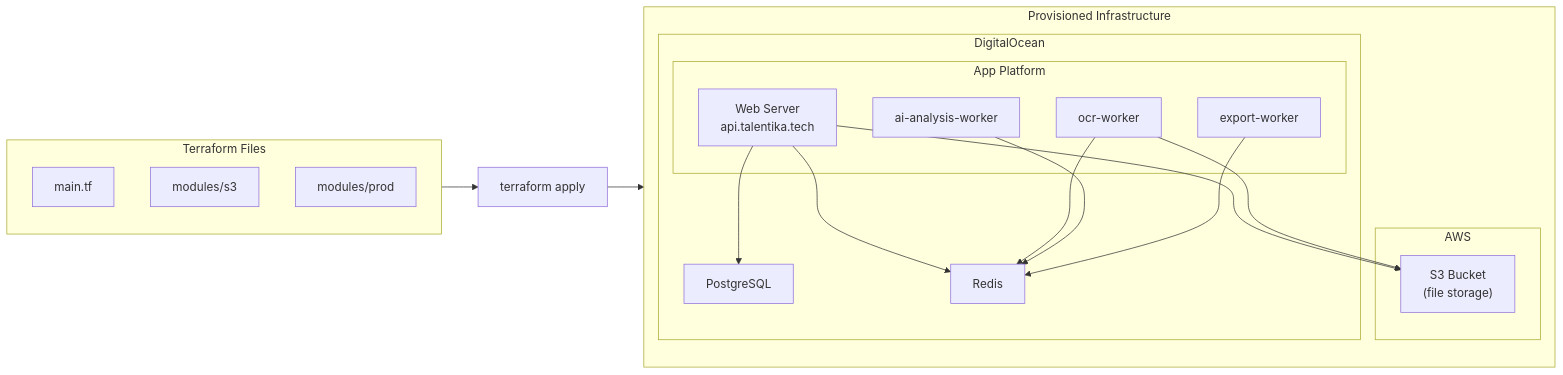
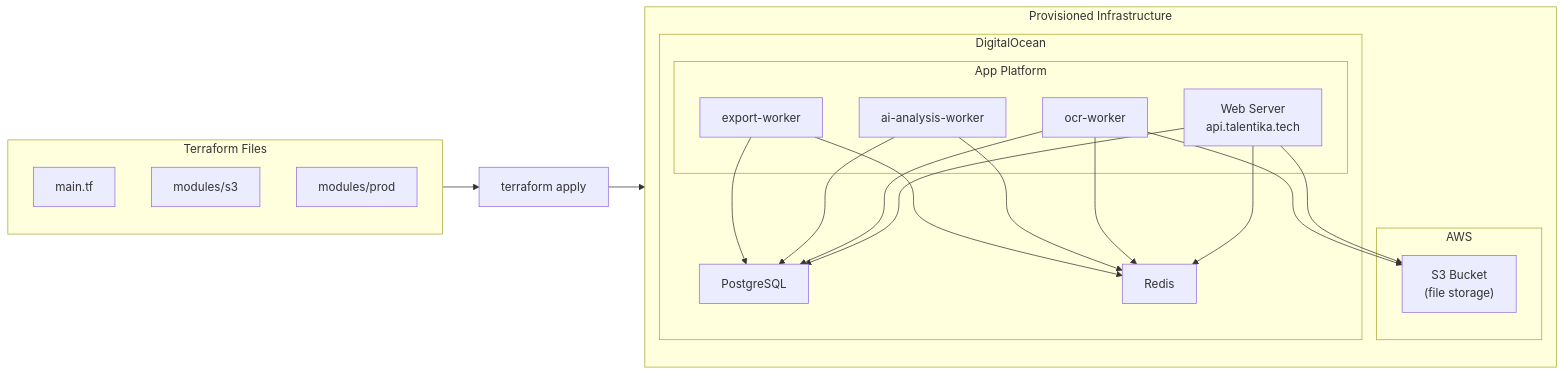
One commit to roiceee/talentika changed the diagram in documentation/infrastructure-diagram.md. Above: the diagram before and after it, drawn with Mermaid.

Commit message:
docs: fix workers — all connect to PostgreSQL

````diff
--- a/documentation/infrastructure-diagram.md
+++ b/documentation/infrastructure-diagram.md
@@ -3,38 +3,41 @@
 ```mermaid
 flowchart LR
     subgraph TF["Terraform Files"]
         direction TB
         A["main.tf"]
         B["modules/s3"]
         C["modules/prod"]
     end
 
     CMD["terraform apply"]
 
     subgraph PROD["Provisioned Infrastructure"]
         direction TB
         subgraph AWS["AWS"]
             S3["S3 Bucket\n(file storage)"]
         end
         subgraph DO["DigitalOcean"]
             subgraph AP["App Platform"]
                 SERVER["Web Server\napi.talentika.tech"]
                 OCR["ocr-worker"]
                 AI["ai-analysis-worker"]
                 EXPORT["export-worker"]
             end
             PG["PostgreSQL"]
             REDIS["Redis"]
         end
     end
 
     TF --> CMD --> PROD
 
     SERVER --> PG
     SERVER --> REDIS
     SERVER --> S3
     OCR --> REDIS
+    OCR --> PG
     OCR --> S3
     AI --> REDIS
+    AI --> PG
     EXPORT --> REDIS
+    EXPORT --> PG
 ```
````
